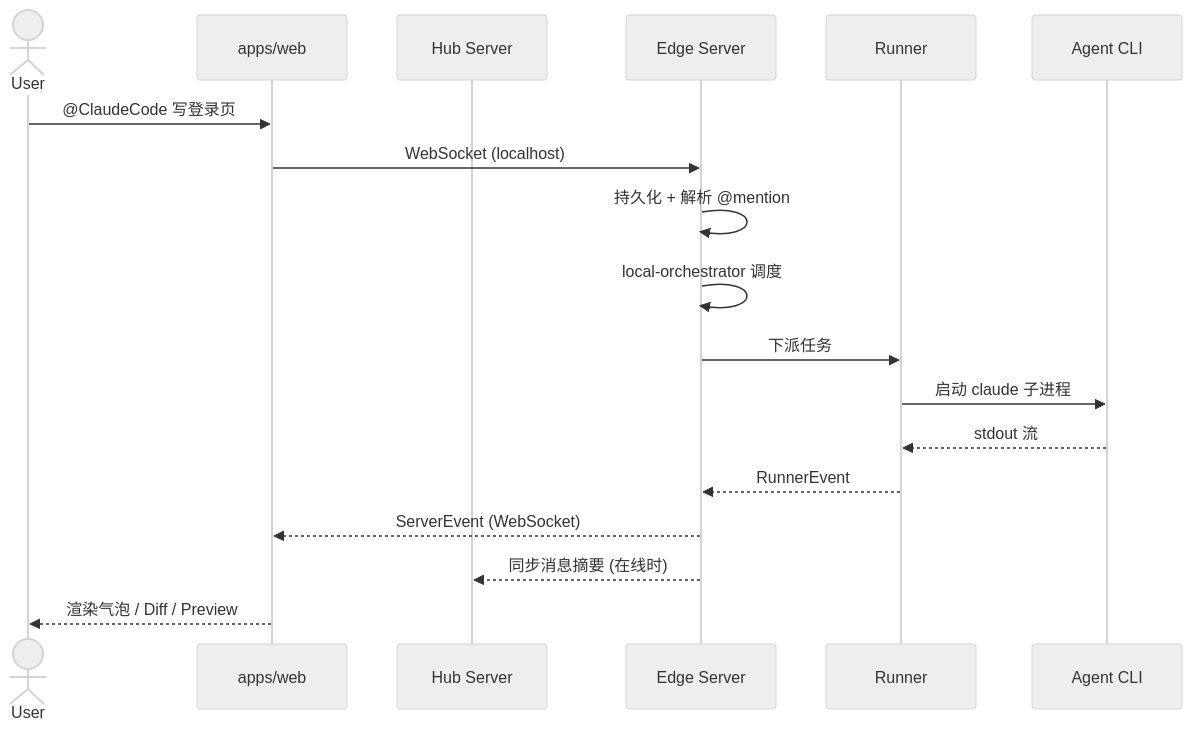
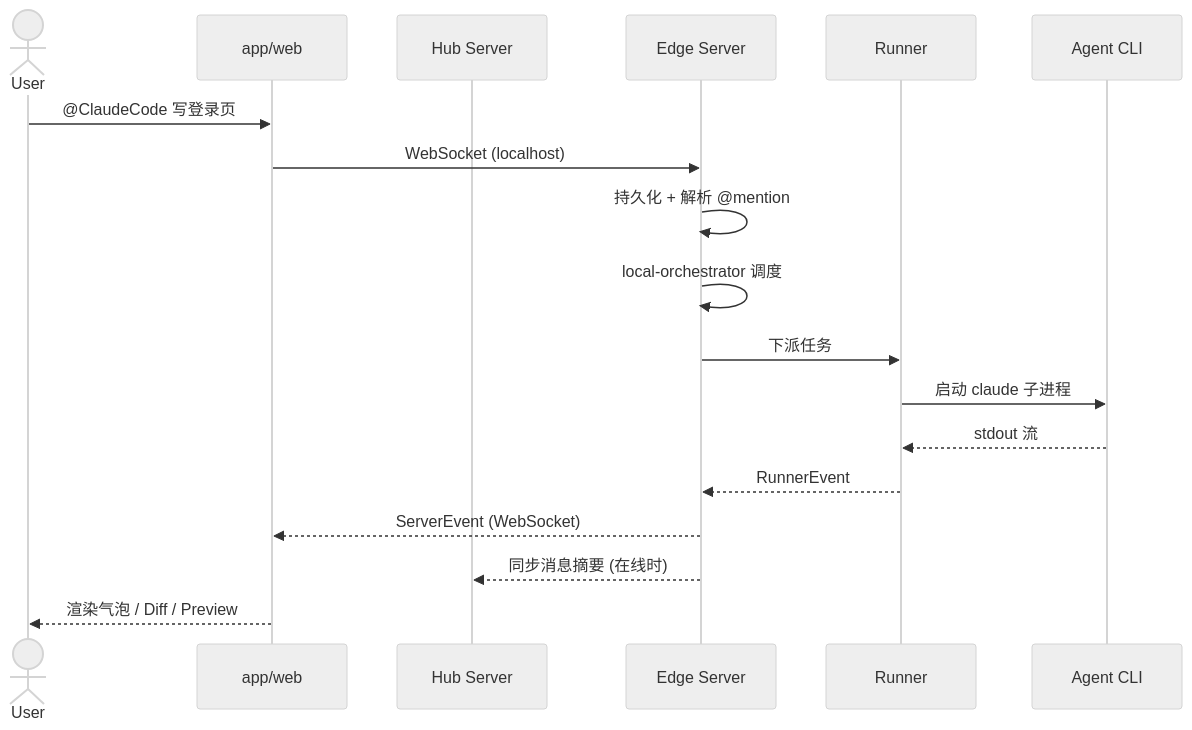
One commit to TokenDanceLab/AgentHub changed the ninth of 10 diagrams in docs/architecture.md. Above: the diagram before and after it, drawn with Mermaid (neutral theme). The commit also changed other lines of this file and 112 other files, not shown here.

````diff
--- a/docs/architecture.md
+++ b/docs/architecture.md
@@ -201,21 +201,21 @@
 ```mermaid
 sequenceDiagram
     actor User
-    participant UI as apps/web
+    participant UI as app/web
     participant Hub as Hub Server
     participant Edge as Edge Server
     participant Runner as Runner
     participant Agent as Agent CLI
 
     User->>UI: @ClaudeCode 写登录页
     UI->>Edge: WebSocket (localhost)
     Edge->>Edge: 持久化 + 解析 @mention
     Edge->>Edge: local-orchestrator 调度
     Edge->>Runner: 下派任务
     Runner->>Agent: 启动 claude 子进程
     Agent-->>Runner: stdout 流
     Runner-->>Edge: RunnerEvent
     Edge-->>UI: ServerEvent (WebSocket)
     Edge-->>Hub: 同步消息摘要 (在线时)
     UI-->>User: 渲染气泡 / Diff / Preview
 ```
````
